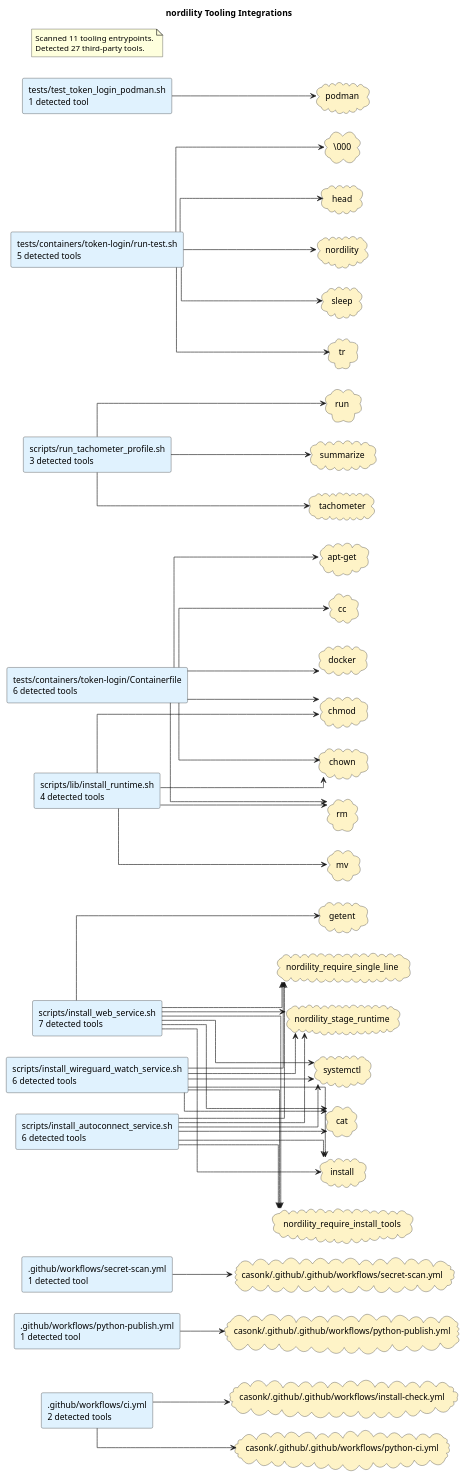
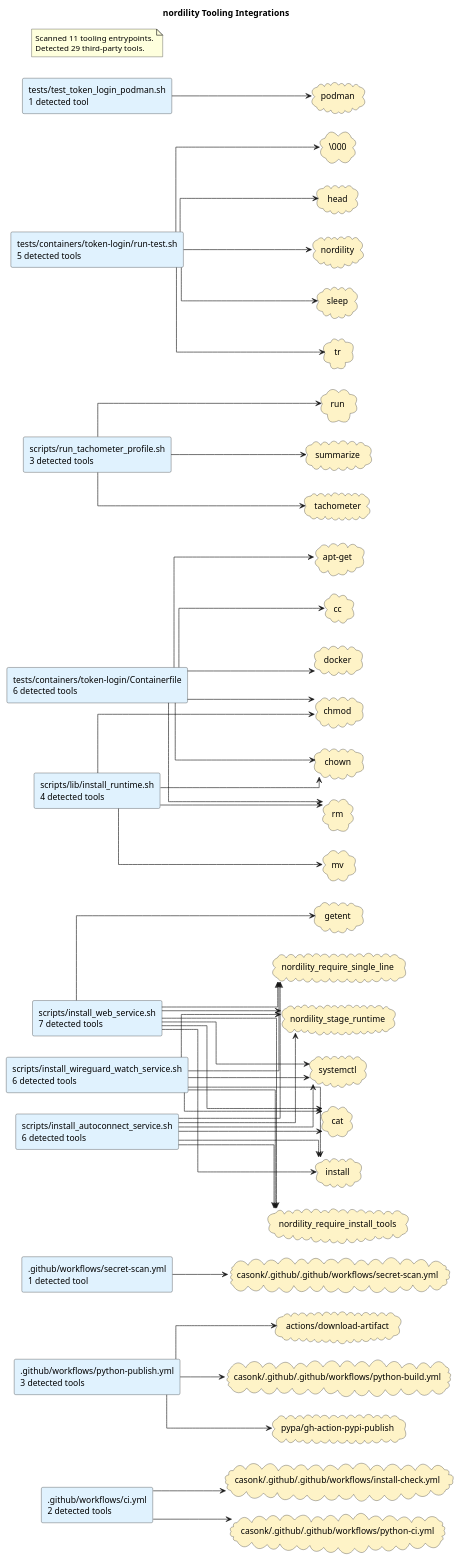
The diagram in docs/diagrams/tooling-integrations.puml (casonk/nordility), drawn with PlantUML before and after one commit. The commit also changed 2 other files, not shown here.

Commit message:
docs: refresh architecture diagrams (#21)
Claude-Session: https://claude.ai/code/session_01R6qhLPRiXQh4QSTNzXR9gj

```diff
--- a/docs/diagrams/tooling-integrations.puml
+++ b/docs/diagrams/tooling-integrations.puml
@@ -1,92 +1,96 @@
 @startuml
 title nordility Tooling Integrations
 left to right direction
 skinparam shadowing false
 skinparam defaultFontName Monospace
 skinparam componentStyle rectangle
 skinparam linetype ortho
 rectangle ".github/workflows/ci.yml\n2 detected tools" as source_github_workflows_ci_yml #E0F2FE
-rectangle ".github/workflows/python-publish.yml\n1 detected tool" as source_github_workflows_python_publish_yml #E0F2FE
+rectangle ".github/workflows/python-publish.yml\n3 detected tools" as source_github_workflows_python_publish_yml #E0F2FE
 rectangle ".github/workflows/secret-scan.yml\n1 detected tool" as source_github_workflows_secret_scan_yml #E0F2FE
 rectangle "scripts/install_autoconnect_service.sh\n6 detected tools" as source_scripts_install_autoconnect_service_sh #E0F2FE
 rectangle "scripts/install_web_service.sh\n7 detected tools" as source_scripts_install_web_service_sh #E0F2FE
 rectangle "scripts/install_wireguard_watch_service.sh\n6 detected tools" as source_scripts_install_wireguard_watch_service_sh #E0F2FE
 rectangle "scripts/lib/install_runtime.sh\n4 detected tools" as source_scripts_lib_install_runtime_sh #E0F2FE
 rectangle "scripts/run_tachometer_profile.sh\n3 detected tools" as source_scripts_run_tachometer_profile_sh #E0F2FE
 rectangle "tests/containers/token-login/Containerfile\n6 detected tools" as source_tests_containers_token_login_containerfile #E0F2FE
 rectangle "tests/containers/token-login/run-test.sh\n5 detected tools" as source_tests_containers_token_login_run_test_sh #E0F2FE
 rectangle "tests/test_token_login_podman.sh\n1 detected tool" as source_tests_test_token_login_podman_sh #E0F2FE
 cloud "\\000" as tool_tool_000 #FEF3C7
+cloud "actions/download-artifact" as tool_actions_download_artifact #FEF3C7
 cloud "apt-get" as tool_apt_get #FEF3C7
 cloud "casonk/.github/.github/workflows/install-check.yml" as tool_casonk_github_github_workflows_install_check_yml #FEF3C7
+cloud "casonk/.github/.github/workflows/python-build.yml" as tool_casonk_github_github_workflows_python_build_yml #FEF3C7
 cloud "casonk/.github/.github/workflows/python-ci.yml" as tool_casonk_github_github_workflows_python_ci_yml #FEF3C7
-cloud "casonk/.github/.github/workflows/python-publish.yml" as tool_casonk_github_github_workflows_python_publish_yml #FEF3C7
 cloud "casonk/.github/.github/workflows/secret-scan.yml" as tool_casonk_github_github_workflows_secret_scan_yml #FEF3C7
 cloud "cat" as tool_cat #FEF3C7
 cloud "cc" as tool_cc #FEF3C7
 cloud "chmod" as tool_chmod #FEF3C7
 cloud "chown" as tool_chown #FEF3C7
 cloud "docker" as tool_docker #FEF3C7
 cloud "getent" as tool_getent #FEF3C7
 cloud "head" as tool_head #FEF3C7
 cloud "install" as tool_install #FEF3C7
 cloud "mv" as tool_mv #FEF3C7
 cloud "nordility" as tool_nordility #FEF3C7
 cloud "nordility_require_install_tools" as tool_nordility_require_install_tools #FEF3C7
 cloud "nordility_require_single_line" as tool_nordility_require_single_line #FEF3C7
 cloud "nordility_stage_runtime" as tool_nordility_stage_runtime #FEF3C7
 cloud "podman" as tool_podman #FEF3C7
+cloud "pypa/gh-action-pypi-publish" as tool_pypa_gh_action_pypi_publish #FEF3C7
 cloud "rm" as tool_rm #FEF3C7
 cloud "run" as tool_run #FEF3C7
 cloud "sleep" as tool_sleep #FEF3C7
 cloud "summarize" as tool_summarize #FEF3C7
 cloud "systemctl" as tool_systemctl #FEF3C7
 cloud "tachometer" as tool_tachometer #FEF3C7
 cloud "tr" as tool_tr #FEF3C7
 source_github_workflows_ci_yml --> tool_casonk_github_github_workflows_install_check_yml
 source_github_workflows_ci_yml --> tool_casonk_github_github_workflows_python_ci_yml
-source_github_workflows_python_publish_yml --> tool_casonk_github_github_workflows_python_publish_yml
+source_github_workflows_python_publish_yml --> tool_actions_download_artifact
+source_github_workflows_python_publish_yml --> tool_casonk_github_github_workflows_python_build_yml
+source_github_workflows_python_publish_yml --> tool_pypa_gh_action_pypi_publish
 source_github_workflows_secret_scan_yml --> tool_casonk_github_github_workflows_secret_scan_yml
 source_scripts_install_autoconnect_service_sh --> tool_cat
 source_scripts_install_autoconnect_service_sh --> tool_install
 source_scripts_install_autoconnect_service_sh --> tool_nordility_require_install_tools
 source_scripts_install_autoconnect_service_sh --> tool_nordility_require_single_line
 source_scripts_install_autoconnect_service_sh --> tool_nordility_stage_runtime
 source_scripts_install_autoconnect_service_sh --> tool_systemctl
 source_scripts_install_web_service_sh --> tool_cat
 source_scripts_install_web_service_sh --> tool_getent
 source_scripts_install_web_service_sh --> tool_install
 source_scripts_install_web_service_sh --> tool_nordility_require_install_tools
 source_scripts_install_web_service_sh --> tool_nordility_require_single_line
 source_scripts_install_web_service_sh --> tool_nordility_stage_runtime
 source_scripts_install_web_service_sh --> tool_systemctl
 source_scripts_install_wireguard_watch_service_sh --> tool_cat
 source_scripts_install_wireguard_watch_service_sh --> tool_install
 source_scripts_install_wireguard_watch_service_sh --> tool_nordility_require_install_tools
 source_scripts_install_wireguard_watch_service_sh --> tool_nordility_require_single_line
 source_scripts_install_wireguard_watch_service_sh --> tool_nordility_stage_runtime
 source_scripts_install_wireguard_watch_service_sh --> tool_systemctl
 source_scripts_lib_install_runtime_sh --> tool_chmod
 source_scripts_lib_install_runtime_sh --> tool_chown
 source_scripts_lib_install_runtime_sh --> tool_mv
 source_scripts_lib_install_runtime_sh --> tool_rm
 source_scripts_run_tachometer_profile_sh --> tool_run
 source_scripts_run_tachometer_profile_sh --> tool_summarize
 source_scripts_run_tachometer_profile_sh --> tool_tachometer
 source_tests_containers_token_login_containerfile --> tool_apt_get
 source_tests_containers_token_login_containerfile --> tool_cc
 source_tests_containers_token_login_containerfile --> tool_chmod
 source_tests_containers_token_login_containerfile --> tool_chown
 source_tests_containers_token_login_containerfile --> tool_docker
 source_tests_containers_token_login_containerfile --> tool_rm
 source_tests_containers_token_login_run_test_sh --> tool_tool_000
 source_tests_containers_token_login_run_test_sh --> tool_head
 source_tests_containers_token_login_run_test_sh --> tool_nordility
 source_tests_containers_token_login_run_test_sh --> tool_sleep
 source_tests_containers_token_login_run_test_sh --> tool_tr
 source_tests_test_token_login_podman_sh --> tool_podman
 note as toolingGraphSummary
 Scanned 11 tooling entrypoints.
-Detected 27 third-party tools.
+Detected 29 third-party tools.
 end note
 @enduml
```
